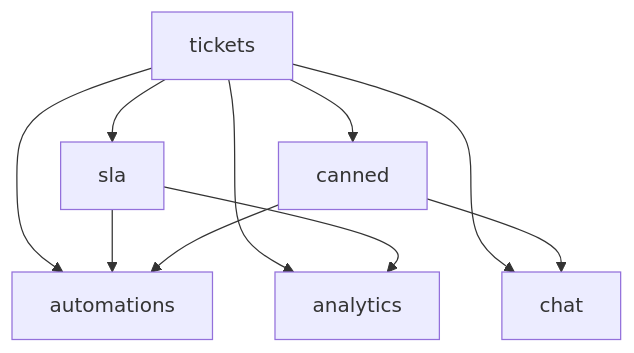
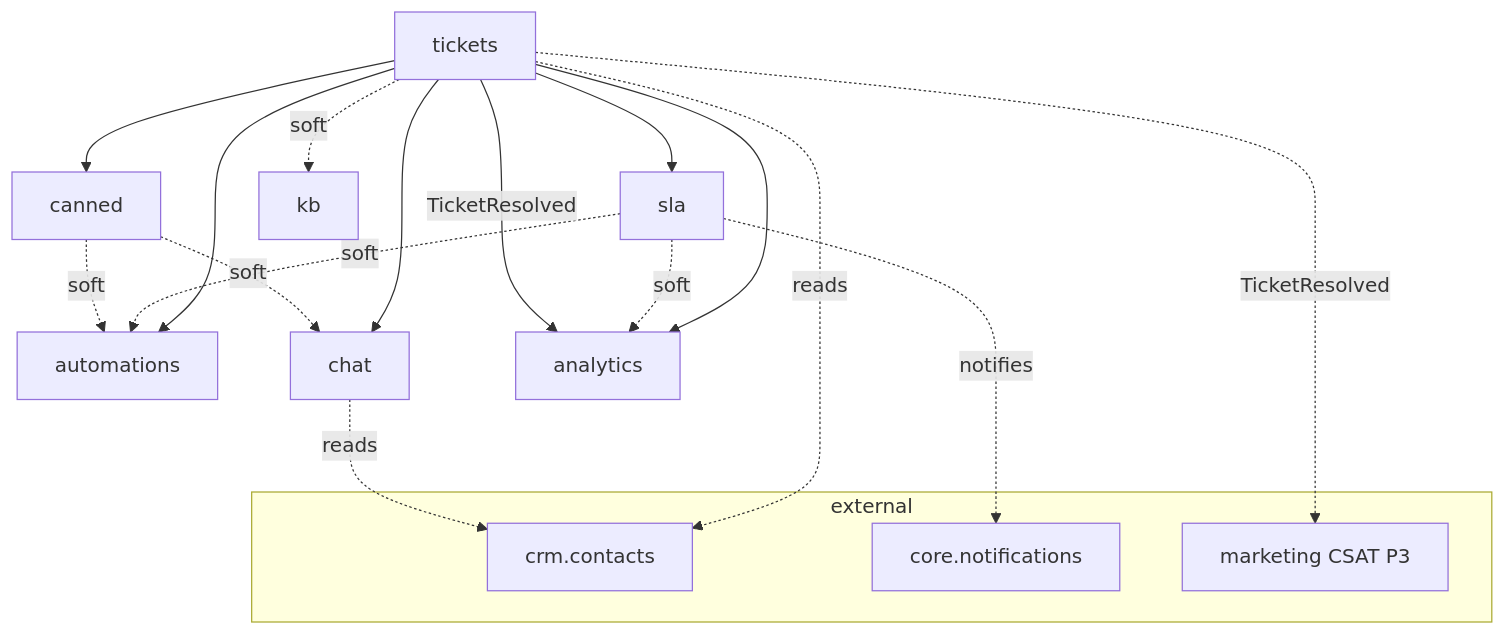
Before and after one commit to Max-Nijenkamp/FlowFlex: the diagram in vault/domains/support/_index.md, drawn with Mermaid. The commit also changed other lines of this file and 2956 other files, not shown here.

````diff
--- a/vault/domains/support/_index.md
+++ b/vault/domains/support/_index.md
@@ -46,12 +52,24 @@
 ```mermaid
 graph TD
     tickets --> sla
     tickets --> canned
     tickets --> automations
     tickets --> chat
     tickets --> analytics
-    sla --> automations
-    canned --> automations
-    canned --> chat
-    sla --> analytics
+    tickets -.soft.-> kb
+    sla -.soft.-> automations
+    canned -.soft.-> automations
+    canned -.soft.-> chat
+    sla -.soft.-> analytics
+
+    subgraph external
+      crm_contacts[crm.contacts]
+      core_notif[core.notifications]
+      mkt[marketing CSAT P3]
+    end
+    tickets -.reads.-> crm_contacts
+    chat -.reads.-> crm_contacts
+    sla -.notifies.-> core_notif
+    tickets -->|TicketResolved| analytics
+    tickets -.->|TicketResolved| mkt
 ```
````
